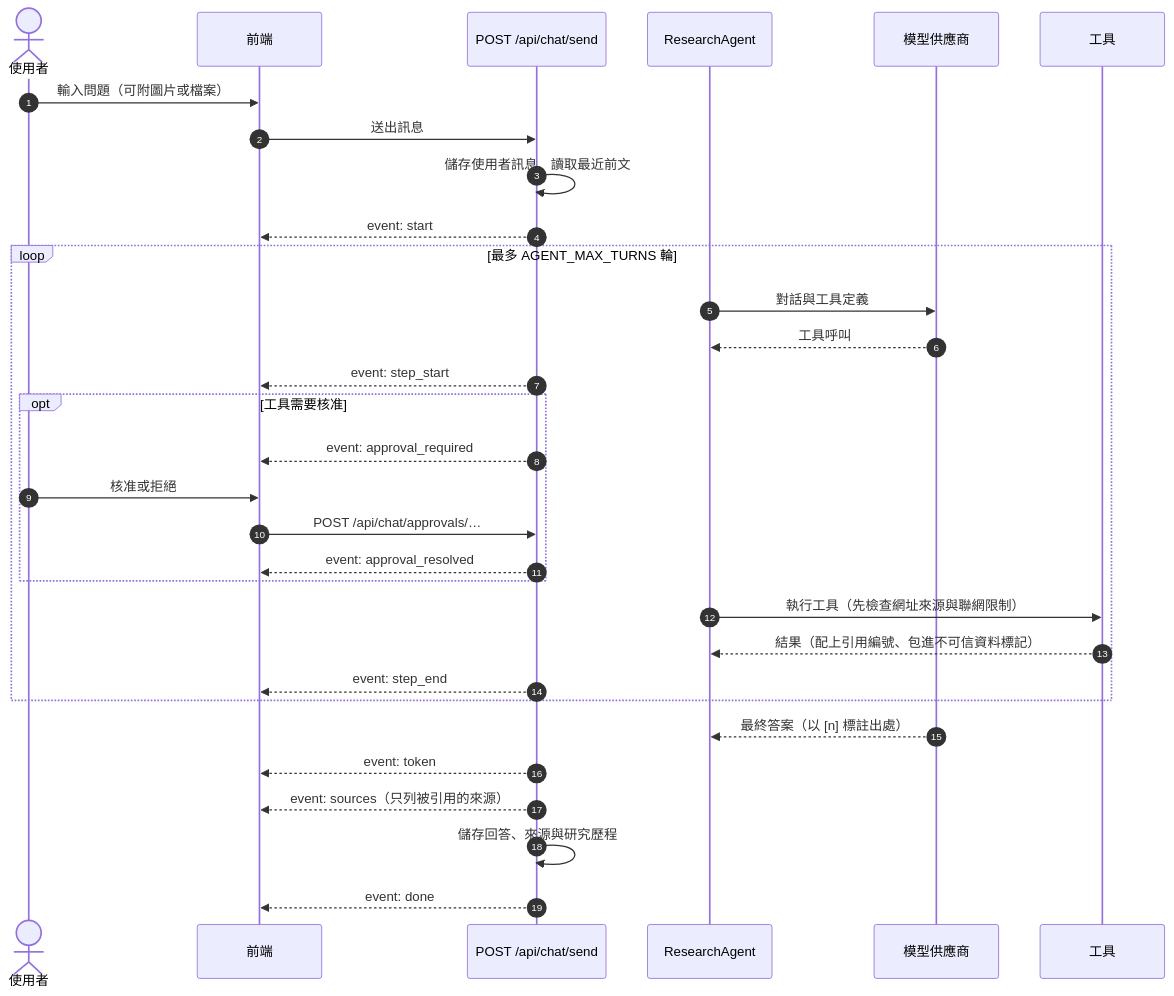
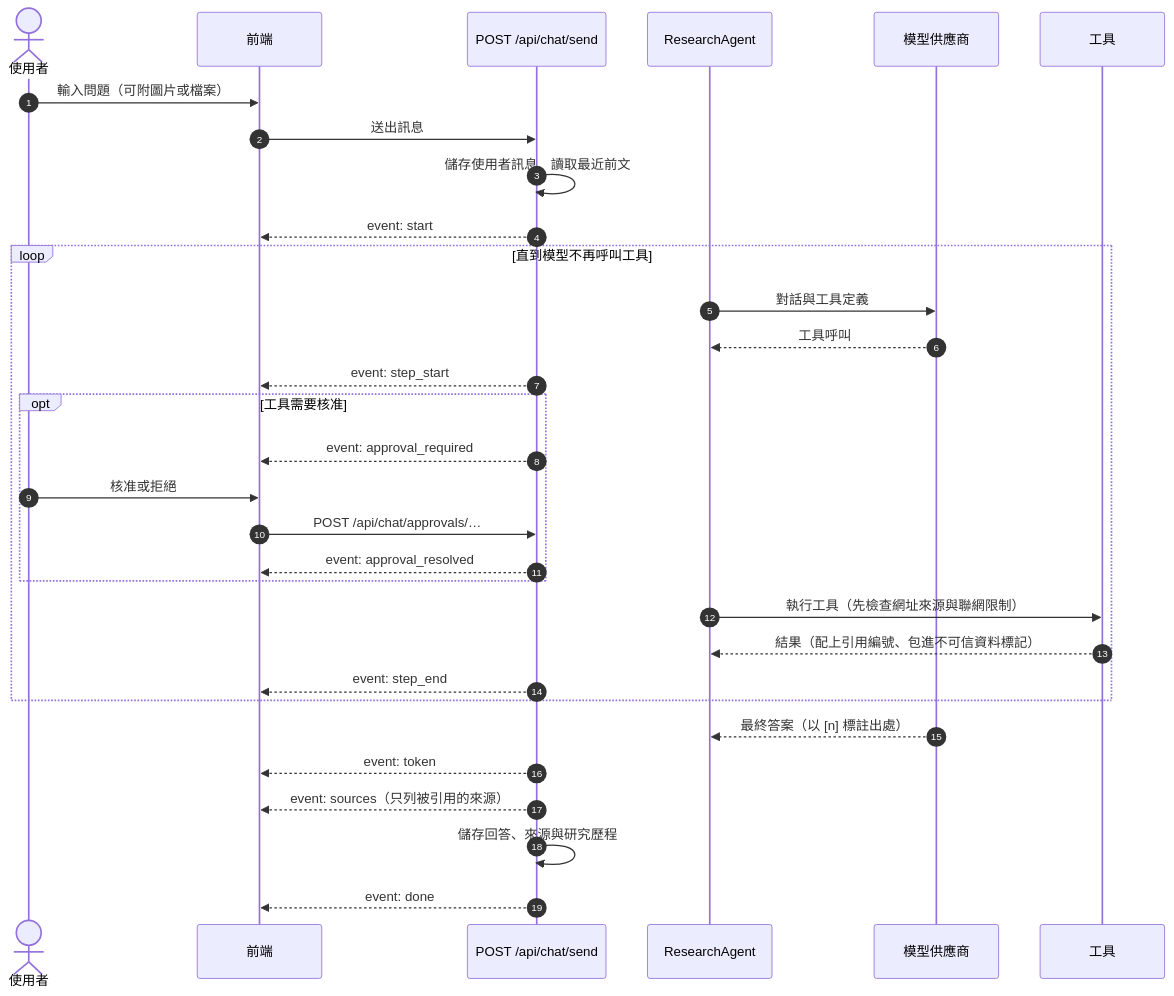
The third of 3 diagrams in README.md (Scorpio-meow/AskMiao), drawn with Mermaid before and after one commit. The commit also changed other lines of this file and 46 other files, not shown here.

````diff
--- a/README.md
+++ b/README.md
@@ -332,34 +332,34 @@
 ```mermaid
 sequenceDiagram
     autonumber
     actor U as 使用者
     participant FE as 前端
     participant API as POST /api/chat/send
     participant AG as ResearchAgent
     participant LLM as 模型供應商
     participant T as 工具
 
     U->>FE: 輸入問題（可附圖片或檔案）
     FE->>API: 送出訊息
     API->>API: 儲存使用者訊息、讀取最近前文
     API-->>FE: event: start
-    loop 最多 AGENT_MAX_TURNS 輪
+    loop 直到模型不再呼叫工具
         AG->>LLM: 對話與工具定義
         LLM-->>AG: 工具呼叫
         API-->>FE: event: step_start
         opt 工具需要核准
             API-->>FE: event: approval_required
             U->>FE: 核准或拒絕
             FE->>API: POST /api/chat/approvals/…
             API-->>FE: event: approval_resolved
         end
         AG->>T: 執行工具（先檢查網址來源與聯網限制）
         T-->>AG: 結果（配上引用編號、包進不可信資料標記）
         API-->>FE: event: step_end
     end
     LLM-->>AG: 最終答案（以 [n] 標註出處）
     API-->>FE: event: token
     API-->>FE: event: sources（只列被引用的來源）
     API->>API: 儲存回答、來源與研究歷程
     API-->>FE: event: done
 ```
````
